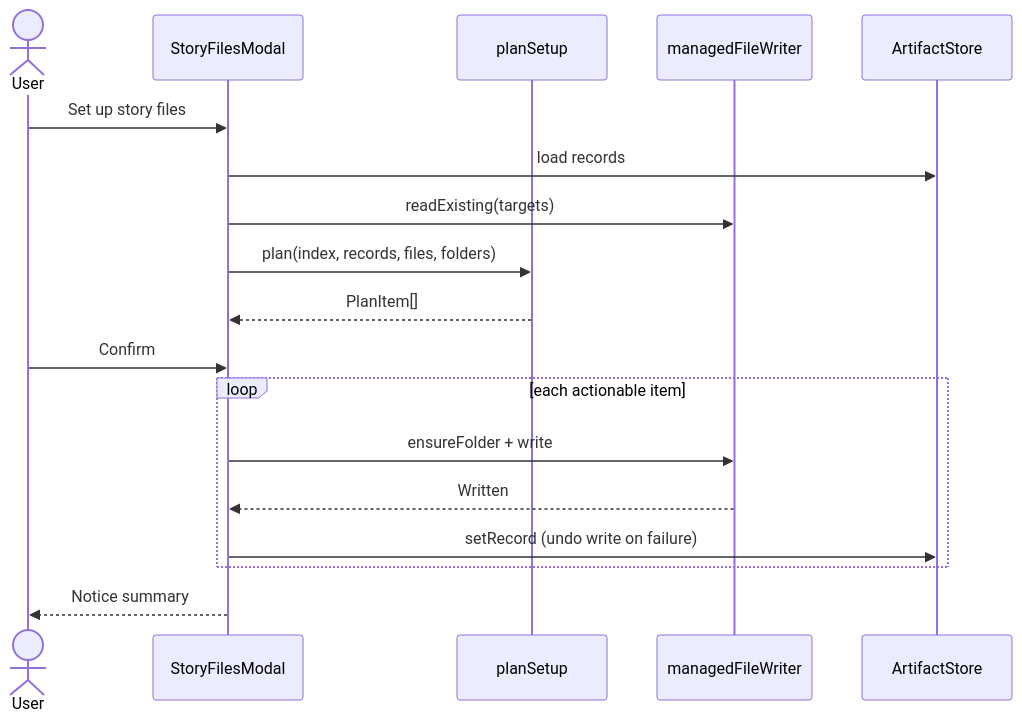
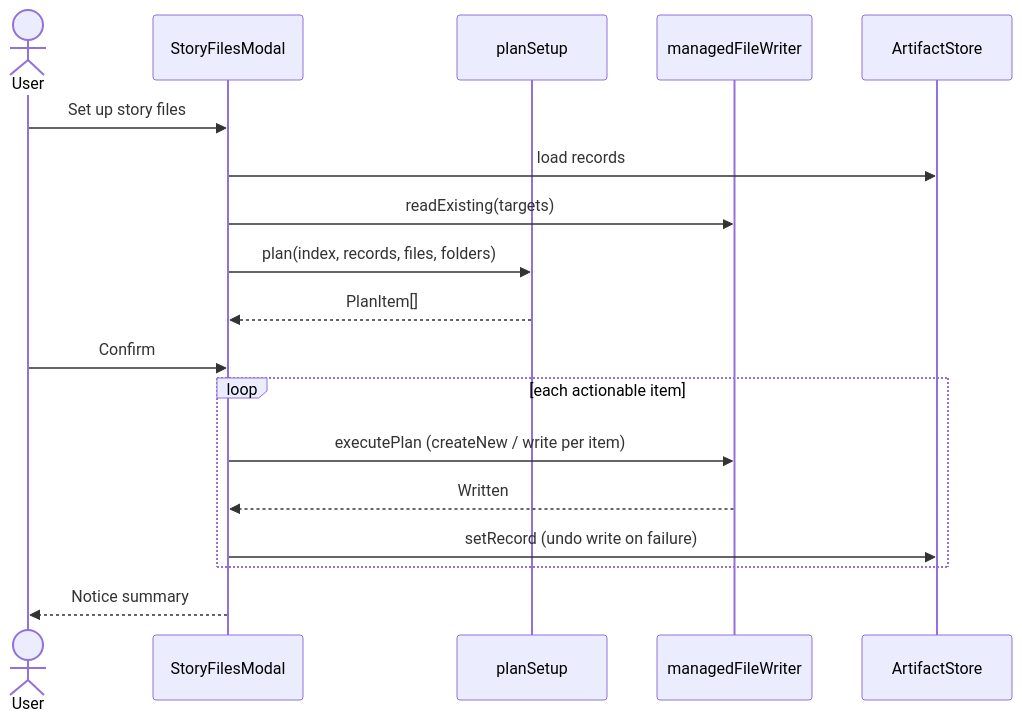
Before and after one commit to MMoMM-org/obsidian-story-forge: the third of 3 diagrams in docs/XDD/specs/010-ship-vault-artifacts/solution.md, drawn with Mermaid. The commit also changed other lines of this file and 3 other files, not shown here.

````diff
--- a/docs/XDD/specs/010-ship-vault-artifacts/solution.md
+++ b/docs/XDD/specs/010-ship-vault-artifacts/solution.md
@@ -390,20 +402,20 @@
 ```mermaid
 sequenceDiagram
   actor U as User
   participant M as StoryFilesModal
   participant P as planSetup
   participant W as managedFileWriter
   participant S as ArtifactStore
   U->>M: Set up story files
   M->>S: load records
   M->>W: readExisting(targets)
   M->>P: plan(index, records, files, folders)
   P-->>M: PlanItem[]
   U->>M: Confirm
   loop each actionable item
-    M->>W: ensureFolder + write
+    M->>W: executePlan (createNew / write per item)
     W-->>M: Written
     M->>S: setRecord (undo write on failure)
   end
   M-->>U: Notice summary
 ```
````
